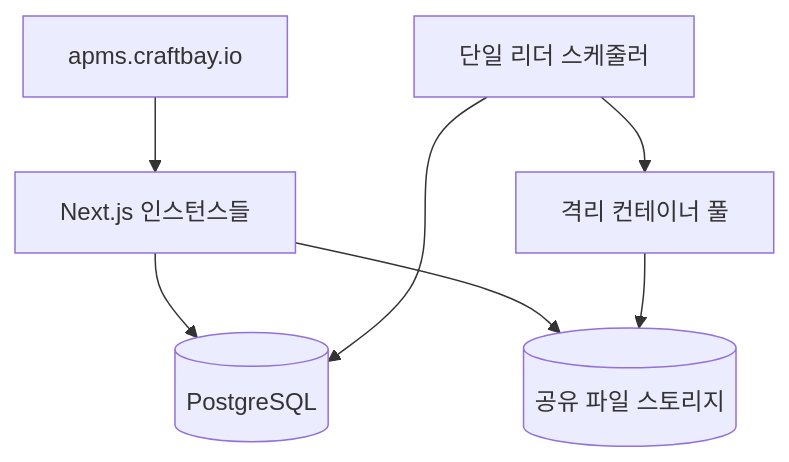
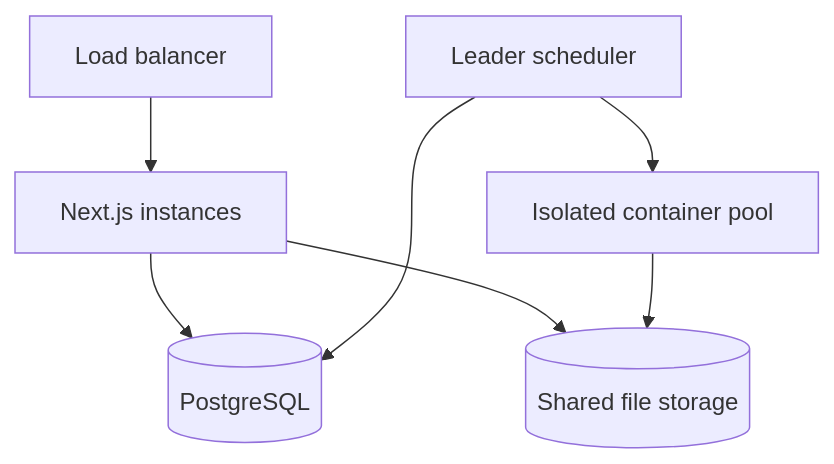
One commit to lisyoen/apms changed the fourth of 5 diagrams in docs/ARCHITECTURE.md. Above: the diagram before and after it, drawn with Mermaid. The commit also changed other lines of this file and 20 other files, not shown here.

````diff
--- a/docs/ARCHITECTURE.md
+++ b/docs/ARCHITECTURE.md
@@ -168,9 +203,9 @@
 ```mermaid
 flowchart TB
-  LB[apms.craftbay.io] --> WEB[Next.js 인스턴스들]
+  LB[Load balancer] --> WEB[Next.js instances]
   WEB --> PG[(PostgreSQL)]
-  WEB --> SHARED[(공유 파일 스토리지)]
-  SCH[단일 리더 스케줄러] --> PG
-  SCH --> C[격리 컨테이너 풀]
+  WEB --> SHARED[(Shared file storage)]
+  SCH[Leader scheduler] --> PG
+  SCH --> C[Isolated container pool]
   C --> SHARED
 ```
````
